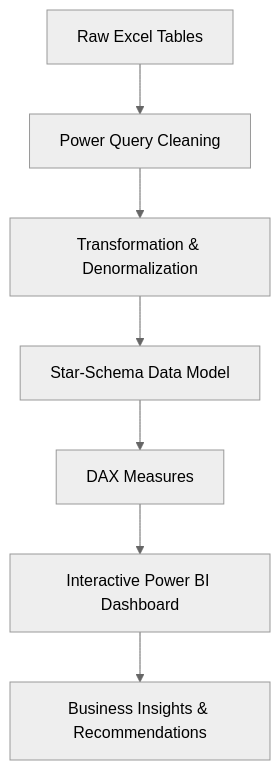
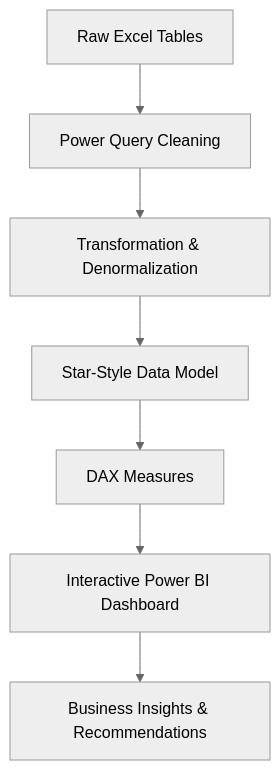
One commit to AsemFared435/Gym-Business-Performance-Dashboard changed the diagram in README.md. Above: the diagram before and after it, drawn with Mermaid (neutral theme). The commit also changed other lines of this file, not shown here.

````diff
--- a/README.md
+++ b/README.md
@@ -87,9 +41,9 @@
 ```mermaid
 flowchart TD
     A["Raw Excel Tables"] --> B["Power Query Cleaning"]
     B --> C["Transformation & Denormalization"]
-    C --> D["Star-Schema Data Model"]
+    C --> D["Star-Style Data Model"]
     D --> E["DAX Measures"]
     E --> F["Interactive Power BI Dashboard"]
     F --> G["Business Insights & Recommendations"]
 ```
````
